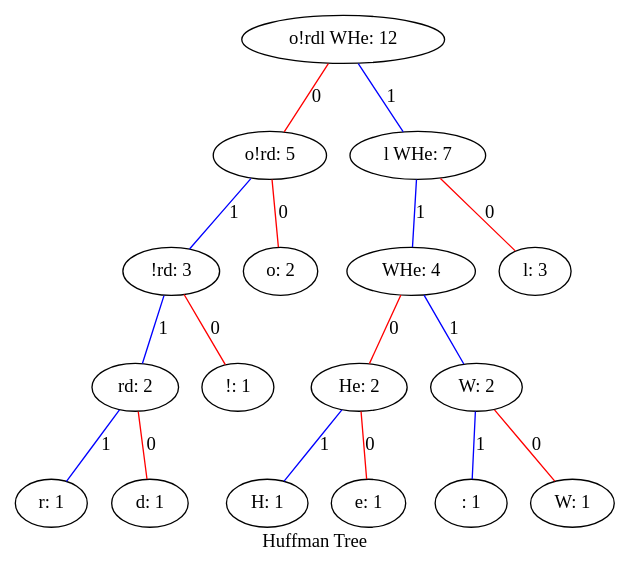
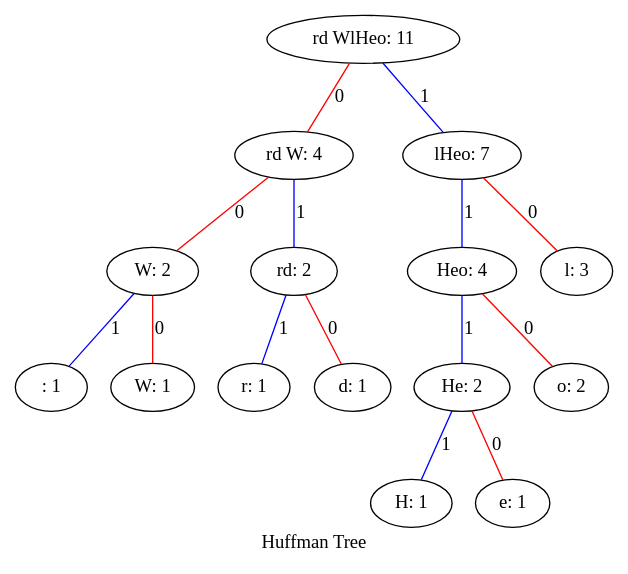
Before and after one commit to brettged/huffmanPy: the diagram in userinput.dot, drawn with Graphviz. The commit also changed 3 other files, not shown here.

```diff
--- a/userinput.dot
+++ b/userinput.dot
@@ -1,35 +1,31 @@
 strict graph  {
 	graph [label="Huffman Tree"];
 	"He: 2" -- "H: 1"	 [color=blue,
 		label=1];
 	"He: 2" -- "e: 1"	 [color=red,
 		label=0];
 	" W: 2" -- " : 1"	 [color=blue,
 		label=1];
 	" W: 2" -- "W: 1"	 [color=red,
 		label=0];
 	"rd: 2" -- "r: 1"	 [color=blue,
 		label=1];
 	"rd: 2" -- "d: 1"	 [color=red,
 		label=0];
-	"!rd: 3" -- "rd: 2"	 [color=blue,
+	"rd W: 4" -- " W: 2"	 [color=red,
+		label=0];
+	"rd W: 4" -- "rd: 2"	 [color=blue,
 		label=1];
-	"!rd: 3" -- "!: 1"	 [color=red,
+	"Heo: 4" -- "He: 2"	 [color=blue,
+		label=1];
+	"Heo: 4" -- "o: 2"	 [color=red,
 		label=0];
-	" WHe: 4" -- "He: 2"	 [color=red,
+	"lHeo: 7" -- "Heo: 4"	 [color=blue,
+		label=1];
+	"lHeo: 7" -- "l: 3"	 [color=red,
 		label=0];
-	" WHe: 4" -- " W: 2"	 [color=blue,
-		label=1];
-	"o!rd: 5" -- "!rd: 3"	 [color=blue,
-		label=1];
-	"o!rd: 5" -- "o: 2"	 [color=red,
+	"rd WlHeo: 11" -- "rd W: 4"	 [color=red,
 		label=0];
-	"l WHe: 7" -- " WHe: 4"	 [color=blue,
-		label=1];
-	"l WHe: 7" -- "l: 3"	 [color=red,
-		label=0];
-	"o!rdl WHe: 12" -- "o!rd: 5"	 [color=red,
-		label=0];
-	"o!rdl WHe: 12" -- "l WHe: 7"	 [color=blue,
+	"rd WlHeo: 11" -- "lHeo: 7"	 [color=blue,
 		label=1];
 }
```
